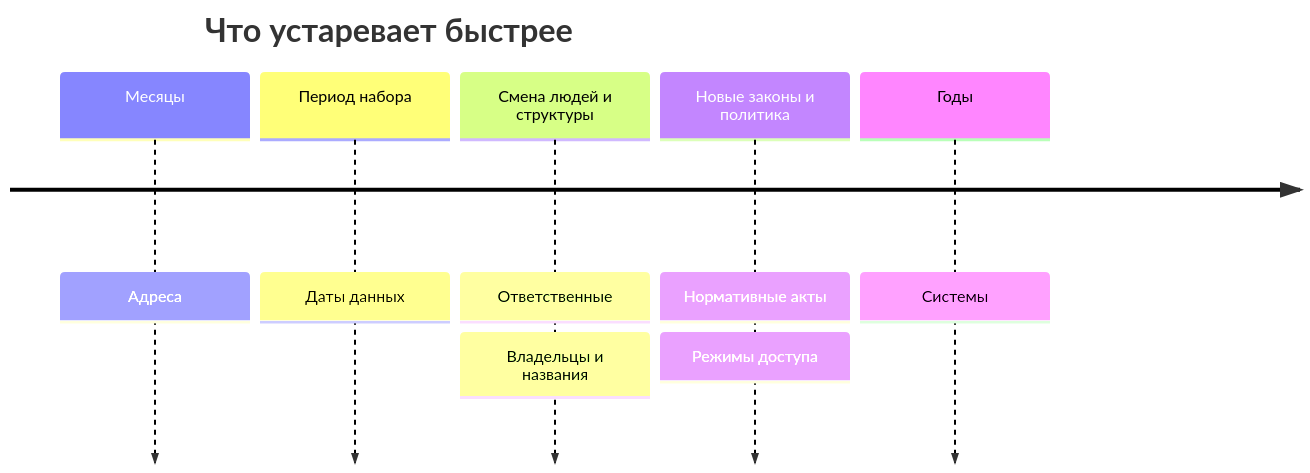
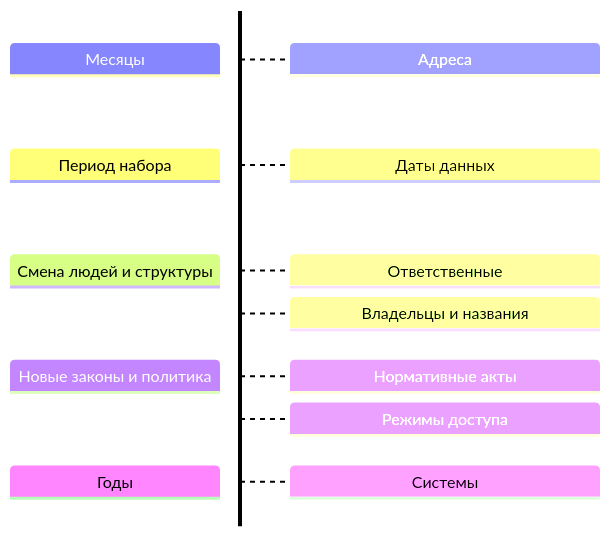
The diagram in docs/03-process/09-result-and-upkeep.md (ivbeg/data-inventory), drawn with Mermaid before and after one commit. The commit also changed other lines of this file and 34 other files, not shown here.

First line of the commit message:
Читаемая карта от продукта и единый размер схем в PDF

````diff
--- a/docs/03-process/09-result-and-upkeep.md
+++ b/docs/03-process/09-result-and-upkeep.md
@@ -165,9 +165,14 @@
 ```mermaid
-timeline
-  title Что устаревает быстрее
+---
+config:
+  timeline:
+    leftMargin: 0
+    padding: 10
+---
+timeline TD
   Месяцы : Адреса
   Период набора : Даты данных
   Смена людей и структуры : Ответственные : Владельцы и названия
   Новые законы и политика : Нормативные акты : Режимы доступа
   Годы : Системы
 ```
````
